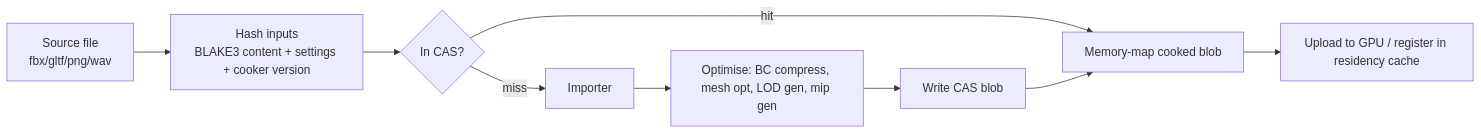
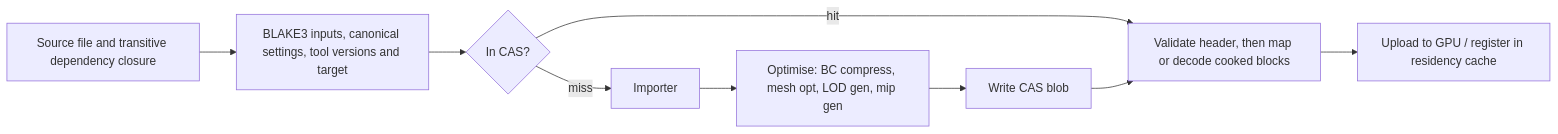
The fourth of 7 diagrams in docs/ARCHITECTURE.md (ShubhamBrody/VelosGameEngine), drawn with Mermaid before and after one commit. The commit also changed other lines of this file and 5 other files, not shown here.

First line of the commit message:
docs(plan): refine engine scope, architecture and milestone gates

````diff
--- a/docs/ARCHITECTURE.md
+++ b/docs/ARCHITECTURE.md
@@ -322,8 +385,8 @@
 ```mermaid
 graph LR
-  SRC[Source file<br/>fbx/gltf/png/wav] --> H[Hash inputs<br/>BLAKE3 content + settings + cooker version]
+  SRC[Source file and transitive dependency closure] --> H[BLAKE3 inputs, canonical settings, tool versions and target]
   H --> Q{In CAS?}
-  Q -- hit --> LOAD[Memory-map cooked blob]
+  Q -- hit --> LOAD[Validate header, then map or decode cooked blocks]
   Q -- miss --> IMP[Importer] --> OPT[Optimise: BC compress, mesh opt, LOD gen, mip gen] --> WRITE[Write CAS blob] --> LOAD
   LOAD --> GPU[Upload to GPU / register in residency cache]
 ```
````
